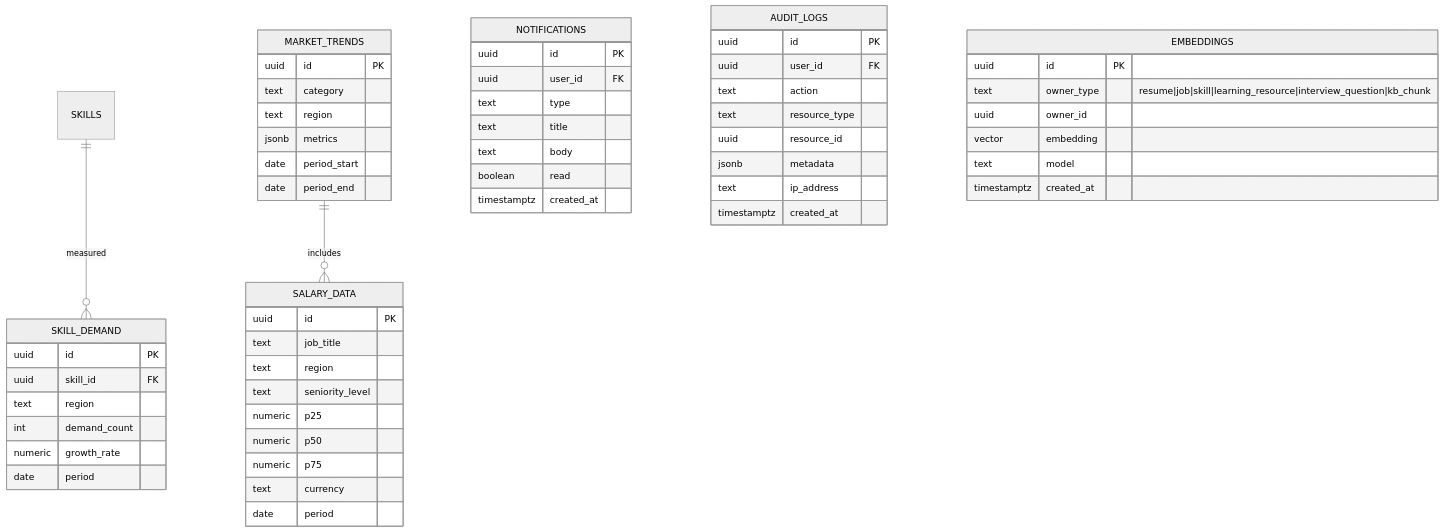
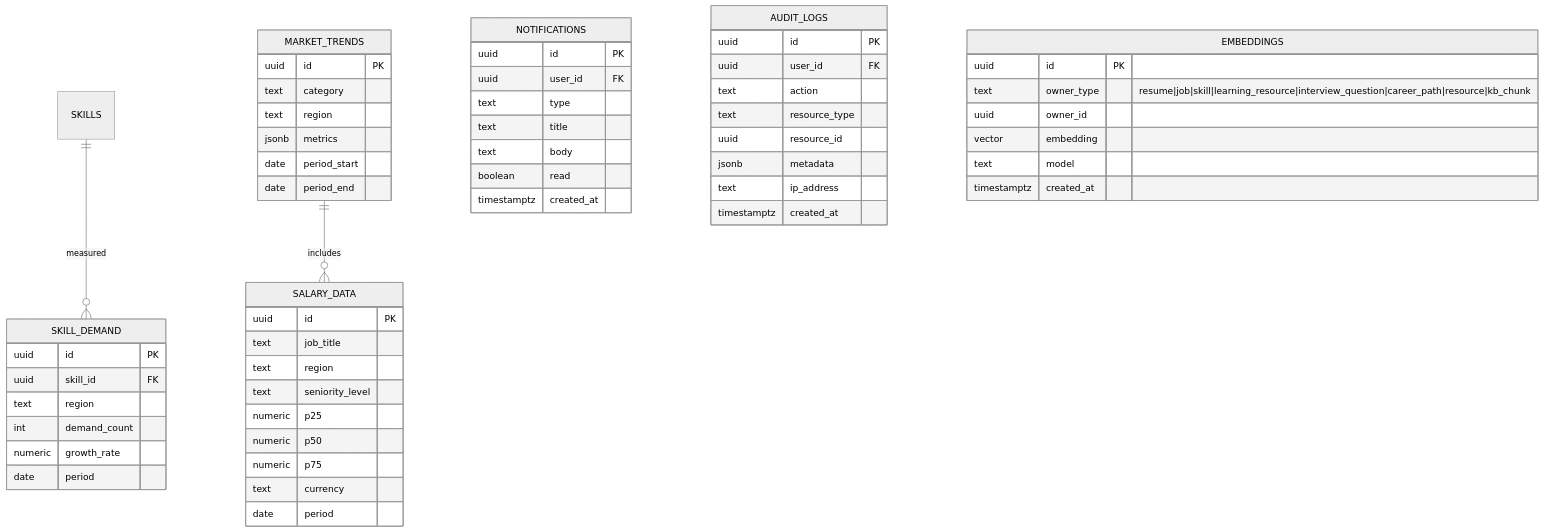
One commit to ArhamMinhas/CareerAI changed the fifth of 6 diagrams in docs/DATABASE.md. Above: the diagram before and after it, drawn with Mermaid (neutral theme). The commit also changed other lines of this file and 7 other files, not shown here.

````diff
--- a/docs/DATABASE.md
+++ b/docs/DATABASE.md
@@ -260,60 +264,60 @@
 ```mermaid
 erDiagram
     SKILLS ||--o{ SKILL_DEMAND : measured
     MARKET_TRENDS ||--o{ SALARY_DATA : includes
 
     MARKET_TRENDS {
         uuid id PK
         text category
         text region
         jsonb metrics
         date period_start
         date period_end
     }
     SKILL_DEMAND {
         uuid id PK
         uuid skill_id FK
         text region
         int demand_count
         numeric growth_rate
         date period
     }
     SALARY_DATA {
         uuid id PK
         text job_title
         text region
         text seniority_level
         numeric p25
         numeric p50
         numeric p75
         text currency
         date period
     }
     NOTIFICATIONS {
         uuid id PK
         uuid user_id FK
         text type
         text title
         text body
         boolean read
         timestamptz created_at
     }
     AUDIT_LOGS {
         uuid id PK
         uuid user_id FK
         text action
         text resource_type
         uuid resource_id
         jsonb metadata
         text ip_address
         timestamptz created_at
     }
     EMBEDDINGS {
         uuid id PK
-        text owner_type "resume|job|skill|learning_resource|interview_question|kb_chunk"
+        text owner_type "resume|job|skill|learning_resource|interview_question|career_path|resource|kb_chunk"
         uuid owner_id
         vector embedding
         text model
         timestamptz created_at
     }
 ```
````
